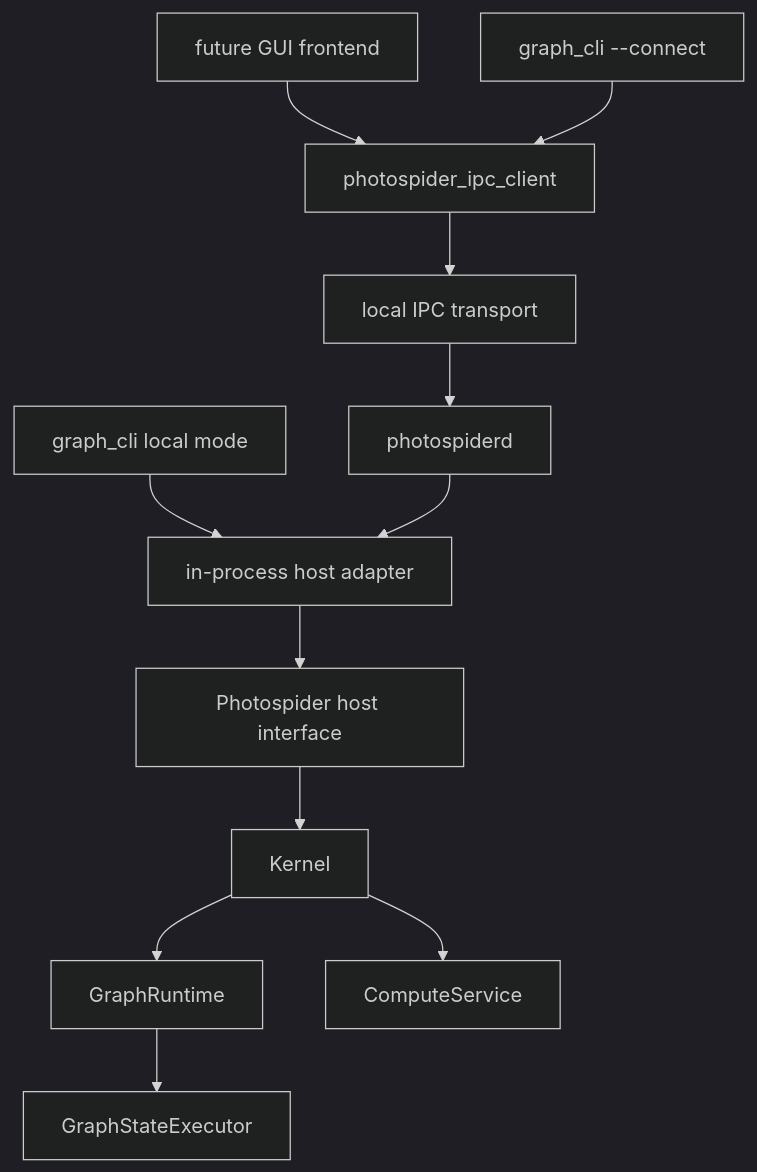
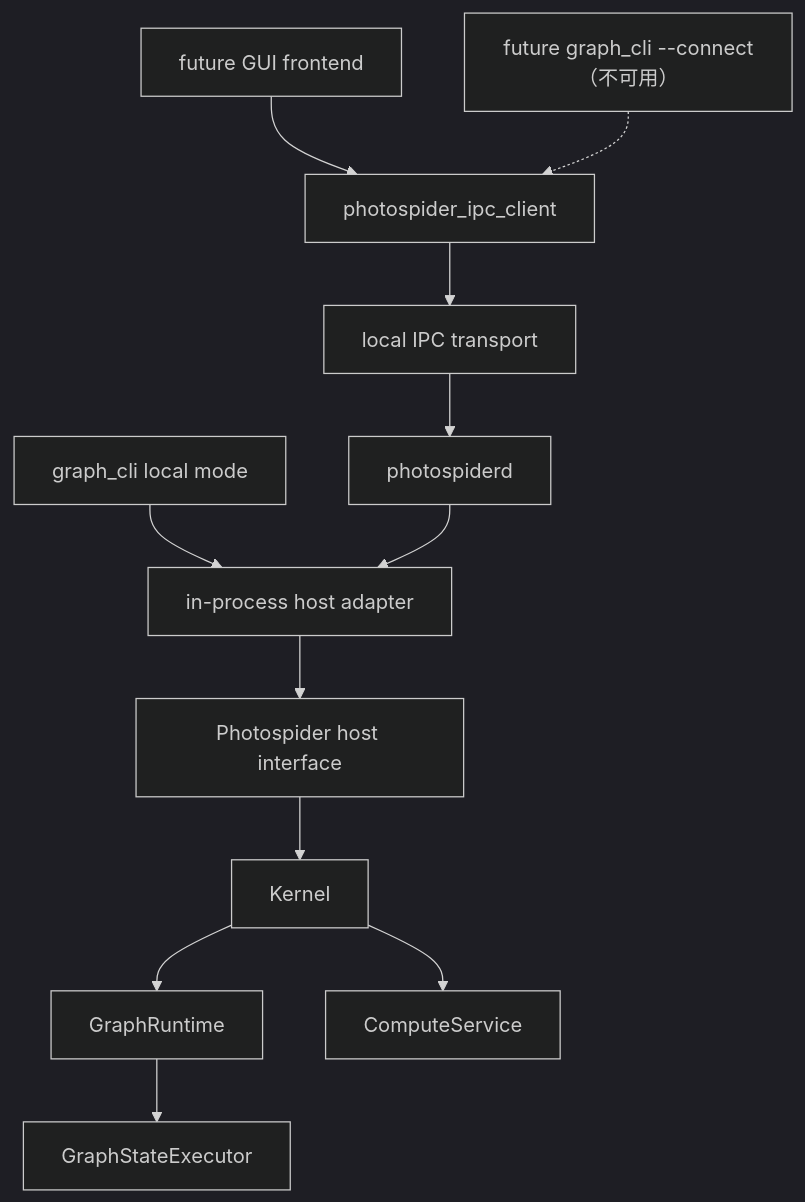
The second of 2 diagrams in docs/codebase-structure/zh/Codebase-Structure-Direction.zh.md (kevin-zf1123/photospider), drawn with Mermaid (dark theme) before and after one commit. The commit also changed other lines of this file and 12 other files, not shown here.

````diff
--- a/docs/codebase-structure/zh/Codebase-Structure-Direction.zh.md
+++ b/docs/codebase-structure/zh/Codebase-Structure-Direction.zh.md
@@ -351,14 +354,14 @@
 ```mermaid
 graph TD
     gui["future GUI frontend"] --> ipc_client["photospider_ipc_client"]
-    cli_remote["graph_cli --connect"] --> ipc_client
+    cli_remote["future graph_cli --connect（不可用）"] -.-> ipc_client
     cli_local["graph_cli local mode"] --> host_adapter["in-process host adapter"]
     ipc_client --> socket["local IPC transport"]
     socket --> daemon["photospiderd"]
     daemon --> host_adapter
     host_adapter --> interaction["Photospider host interface"]
     interaction --> kernel["Kernel"]
     kernel --> runtime["GraphRuntime"]
     runtime --> graph_state["GraphStateExecutor"]
     kernel --> compute["ComputeService"]
 ```
````
